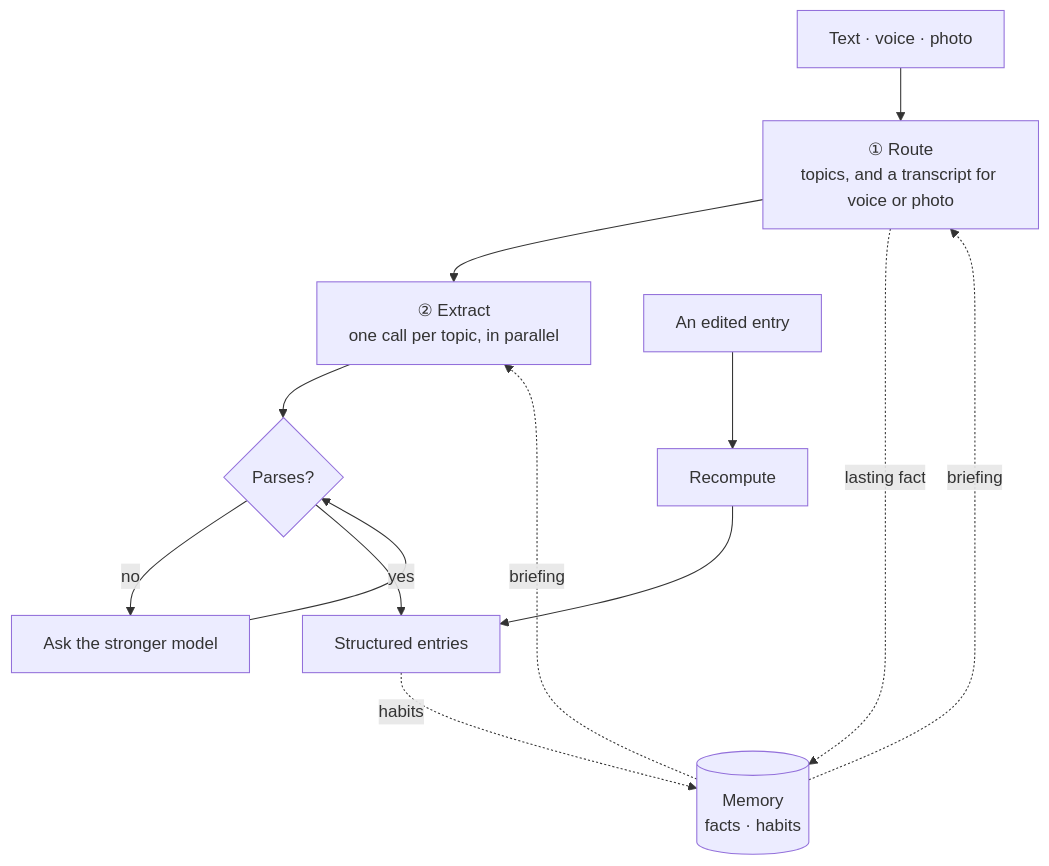
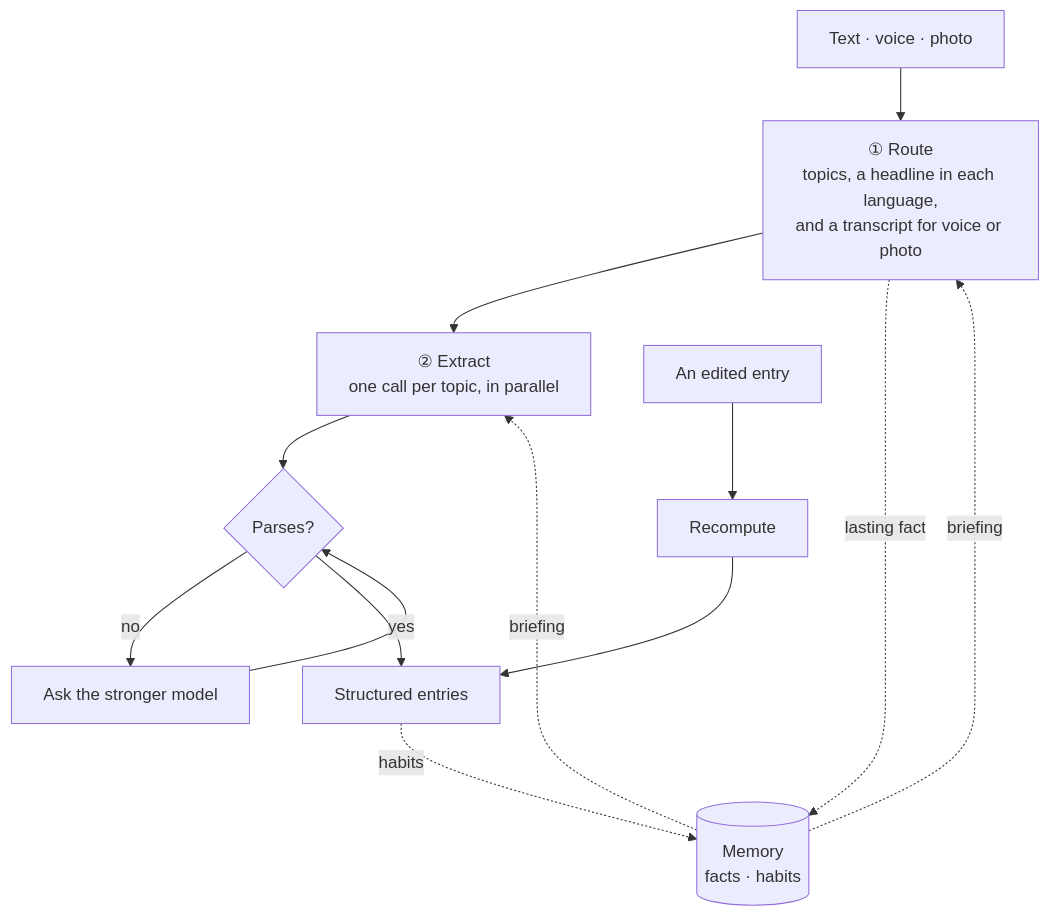
Before and after one commit to brmel/farkad-ai: the diagram in README.md, drawn with Mermaid. The commit also changed other lines of this file and 69 other files, not shown here.

First line of the commit message:
feat(routing): a headline in each language the caller names, from the route call

````diff
--- a/README.md
+++ b/README.md
@@ -54,13 +56,13 @@
 ```mermaid
 flowchart TD
-    input["Text · voice · photo"] --> route["① Route<br/>topics, and a transcript for voice or photo"]
+    input["Text · voice · photo"] --> route["① Route<br/>topics, a headline in each language,<br/>and a transcript for voice or photo"]
     memory[("Memory<br/>facts · habits")] -. briefing .-> route
     route --> extract["② Extract<br/>one call per topic, in parallel"]
     memory -. briefing .-> extract
     extract --> parsed{"Parses?"}
     parsed -- no --> stronger["Ask the stronger model"] --> parsed
     parsed -- yes --> entries["Structured entries"]
     edit["An edited entry"] --> recompute["Recompute"] --> entries
     route -. lasting fact .-> memory
     entries -. habits .-> memory
 ```
````
